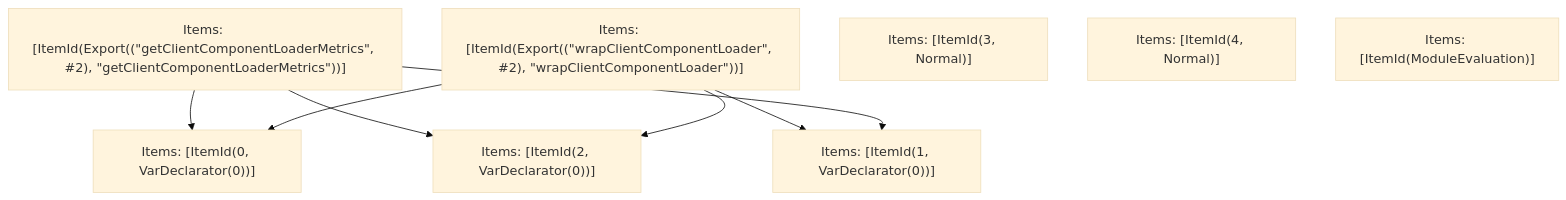
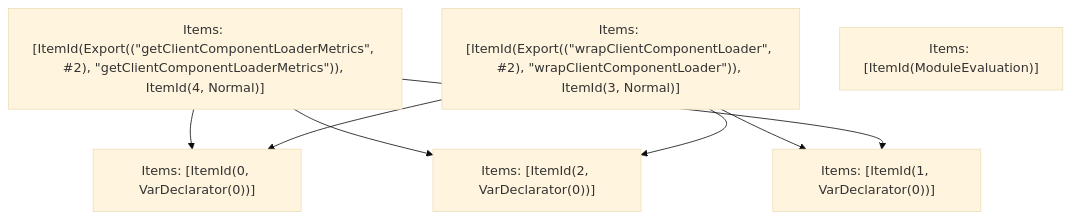
The fifth of 5 diagrams in turbopack/crates/turbopack-ecmascript/tests/tree-shaker/analyzer/let-bug-1/output.md (Sonar-UX-Testing-FreePlan/next.js), drawn with Mermaid (base theme) before and after one commit. The commit also changed other lines of this file and 38 other files, not shown here.

````diff
--- a/turbopack/crates/turbopack-ecmascript/tests/tree-shaker/analyzer/let-bug-1/output.md
+++ b/turbopack/crates/turbopack-ecmascript/tests/tree-shaker/analyzer/let-bug-1/output.md
@@ -179,17 +179,15 @@
 ```mermaid
 graph TD
-    N0["Items: [ItemId(Export((&quot;getClientComponentLoaderMetrics&quot;, #2), &quot;getClientComponentLoaderMetrics&quot;))]"];
-    N1["Items: [ItemId(Export((&quot;wrapClientComponentLoader&quot;, #2), &quot;wrapClientComponentLoader&quot;))]"];
+    N0["Items: [ItemId(Export((&quot;getClientComponentLoaderMetrics&quot;, #2), &quot;getClientComponentLoaderMetrics&quot;)), ItemId(4, Normal)]"];
+    N1["Items: [ItemId(Export((&quot;wrapClientComponentLoader&quot;, #2), &quot;wrapClientComponentLoader&quot;)), ItemId(3, Normal)]"];
     N2["Items: [ItemId(0, VarDeclarator(0))]"];
     N3["Items: [ItemId(1, VarDeclarator(0))]"];
     N4["Items: [ItemId(2, VarDeclarator(0))]"];
-    N5["Items: [ItemId(3, Normal)]"];
-    N6["Items: [ItemId(4, Normal)]"];
-    N7["Items: [ItemId(ModuleEvaluation)]"];
+    N5["Items: [ItemId(ModuleEvaluation)]"];
     N0 --> N2;
     N0 --> N4;
     N1 --> N3;
     N1 --> N4;
     N1 --> N2;
     N0 --> N3;
 ```
````
